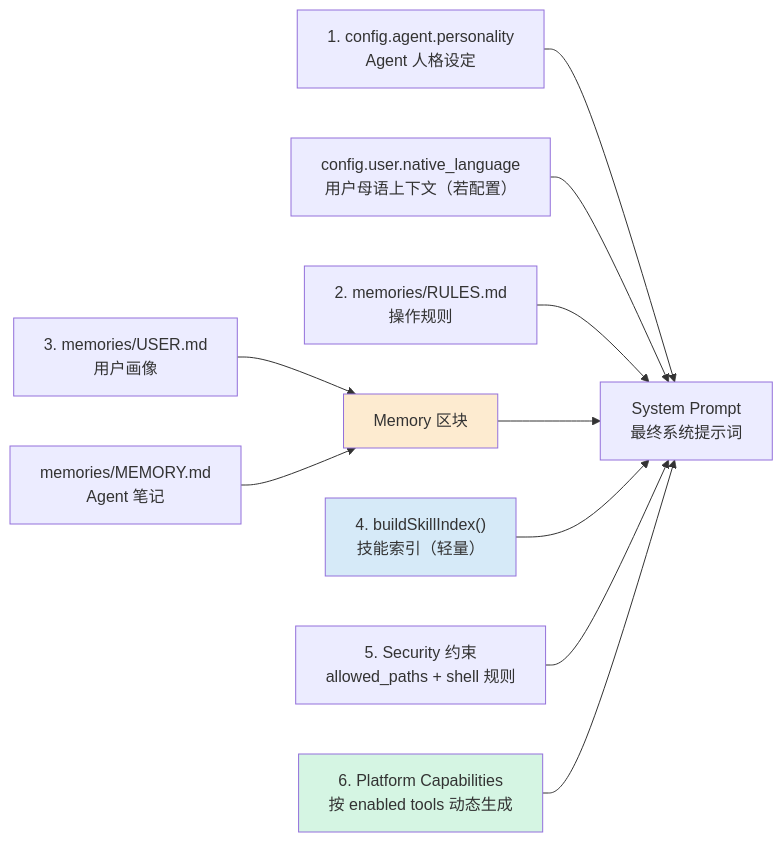
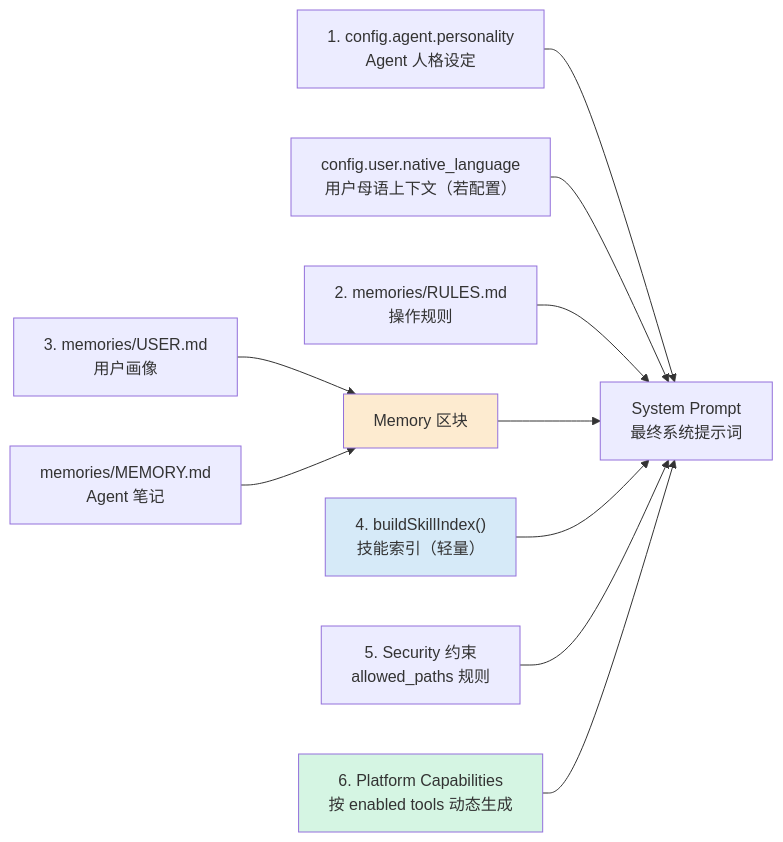
Before and after one commit to boltguo/anya: the fifth of 13 diagrams in docs/architecture-diagrams.md, drawn with Mermaid. The commit also changed other lines of this file and 48 other files, not shown here.

````diff
--- a/docs/architecture-diagrams.md
+++ b/docs/architecture-diagrams.md
@@ -192,16 +188,16 @@
 ```mermaid
 flowchart LR
   P1["1. config.agent.personality\nAgent 人格设定"] --> PROMPT["System Prompt\n最终系统提示词"]
   P1B["   config.user.native_language\n用户母语上下文（若配置）"] --> PROMPT
   P2["2. memories/RULES.md\n操作规则"] --> PROMPT
   P3["3. memories/USER.md\n用户画像"] --> MEMSEC["Memory 区块"]
   P3B["   memories/MEMORY.md\nAgent 笔记"] --> MEMSEC
   MEMSEC --> PROMPT
   P4["4. buildSkillIndex()\n技能索引（轻量）"] --> PROMPT
-  P5["5. Security 约束\nallowed_paths + shell 规则"] --> PROMPT
+  P5["5. Security 约束\nallowed_paths 规则"] --> PROMPT
   P6["6. Platform Capabilities\n按 enabled tools 动态生成"] --> PROMPT
 
   style MEMSEC fill:#fdebd0
   style P4 fill:#d6eaf8
   style P6 fill:#d5f5e3
 ```
````
